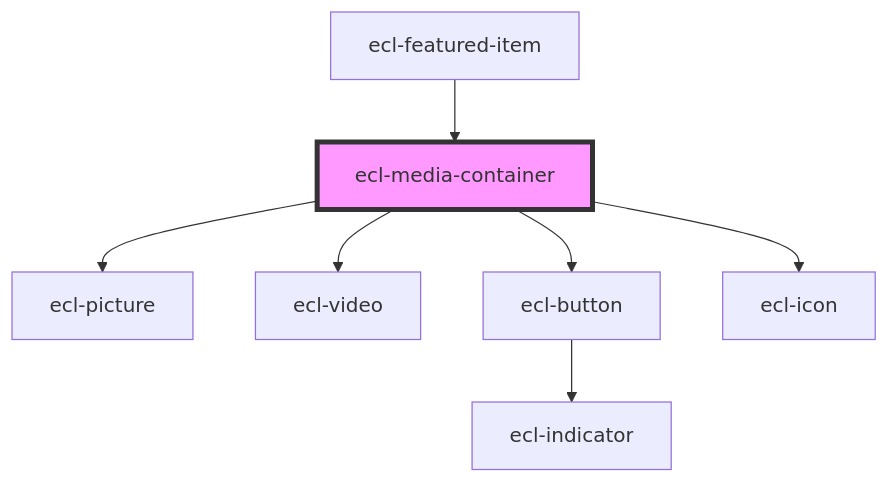
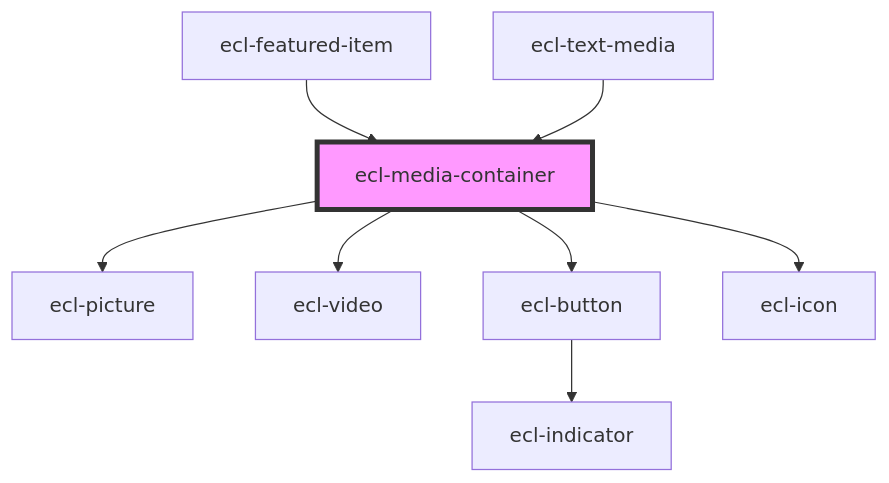
The diagram in src/components/ecl-media-container/readme.md (ec-europa/ecl-webcomponents), drawn with Mermaid before and after one commit. The commit also changed other lines of this file and 16 other files, not shown here.

Commit message:
feat(components): Adding text and media - FRONT-5277

````diff
--- a/src/components/ecl-media-container/readme.md
+++ b/src/components/ecl-media-container/readme.md
@@ -46,10 +50,11 @@
 ```mermaid
 graph TD;
   ecl-media-container --> ecl-picture
   ecl-media-container --> ecl-video
   ecl-media-container --> ecl-button
   ecl-media-container --> ecl-icon
   ecl-button --> ecl-indicator
   ecl-featured-item --> ecl-media-container
+  ecl-text-media --> ecl-media-container
   style ecl-media-container fill:#f9f,stroke:#333,stroke-width:4px
 ```
````
